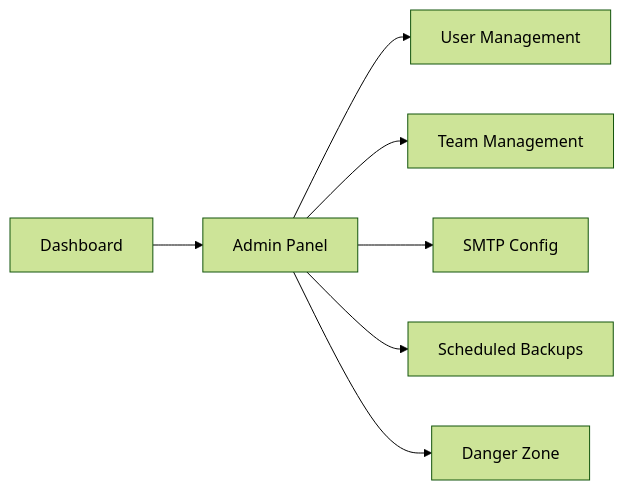
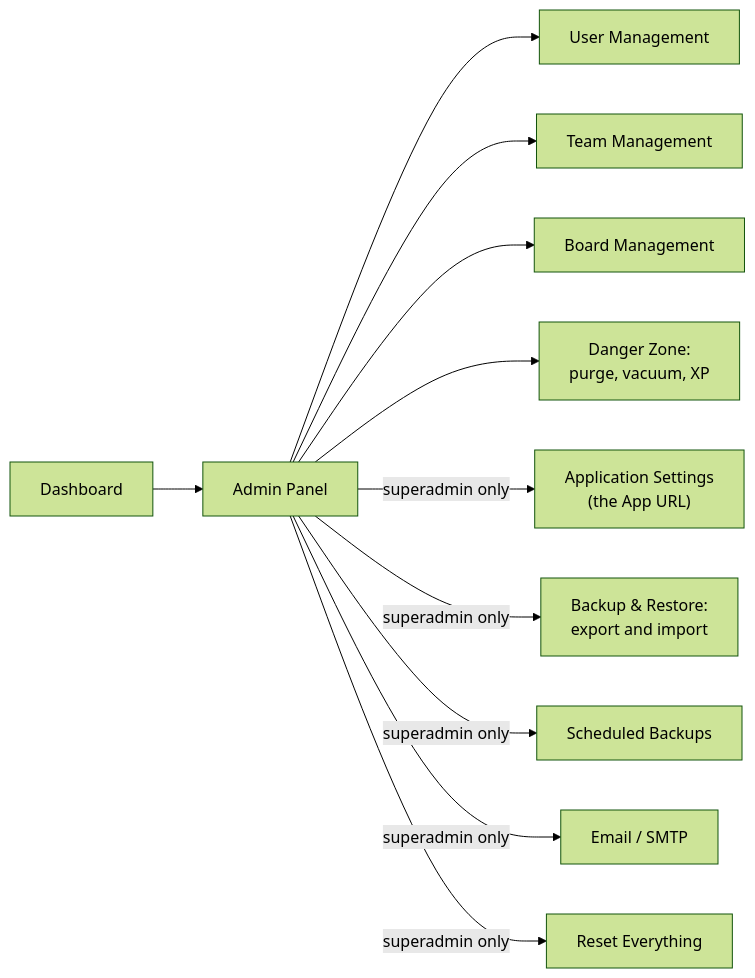
Before and after one commit to gitBoon/DumpFire: the first of 7 diagrams in docs/admin-guide.md, drawn with Mermaid (forest theme). The commit also changed other lines of this file and 317 other files, not shown here.

````diff
--- a/docs/admin-guide.md
+++ b/docs/admin-guide.md
@@ -25,9 +33,13 @@
 ```mermaid
 flowchart LR
     Dashboard["Dashboard"] --> Admin["Admin Panel"]
     Admin --> Users["User Management"]
     Admin --> Teams["Team Management"]
-    Admin --> SMTP["SMTP Config"]
-    Admin --> Backups["Scheduled Backups"]
-    Admin --> Danger["Danger Zone"]
+    Admin --> Boards["Board Management"]
+    Admin --> Danger["Danger Zone:\npurge, vacuum, XP"]
+    Admin -->|"superadmin only"| Settings["Application Settings\n(the App URL)"]
+    Admin -->|"superadmin only"| Restore["Backup & Restore:\nexport and import"]
+    Admin -->|"superadmin only"| Backups["Scheduled Backups"]
+    Admin -->|"superadmin only"| SMTP["Email / SMTP"]
+    Admin -->|"superadmin only"| Reset["Reset Everything"]
 ```
````
